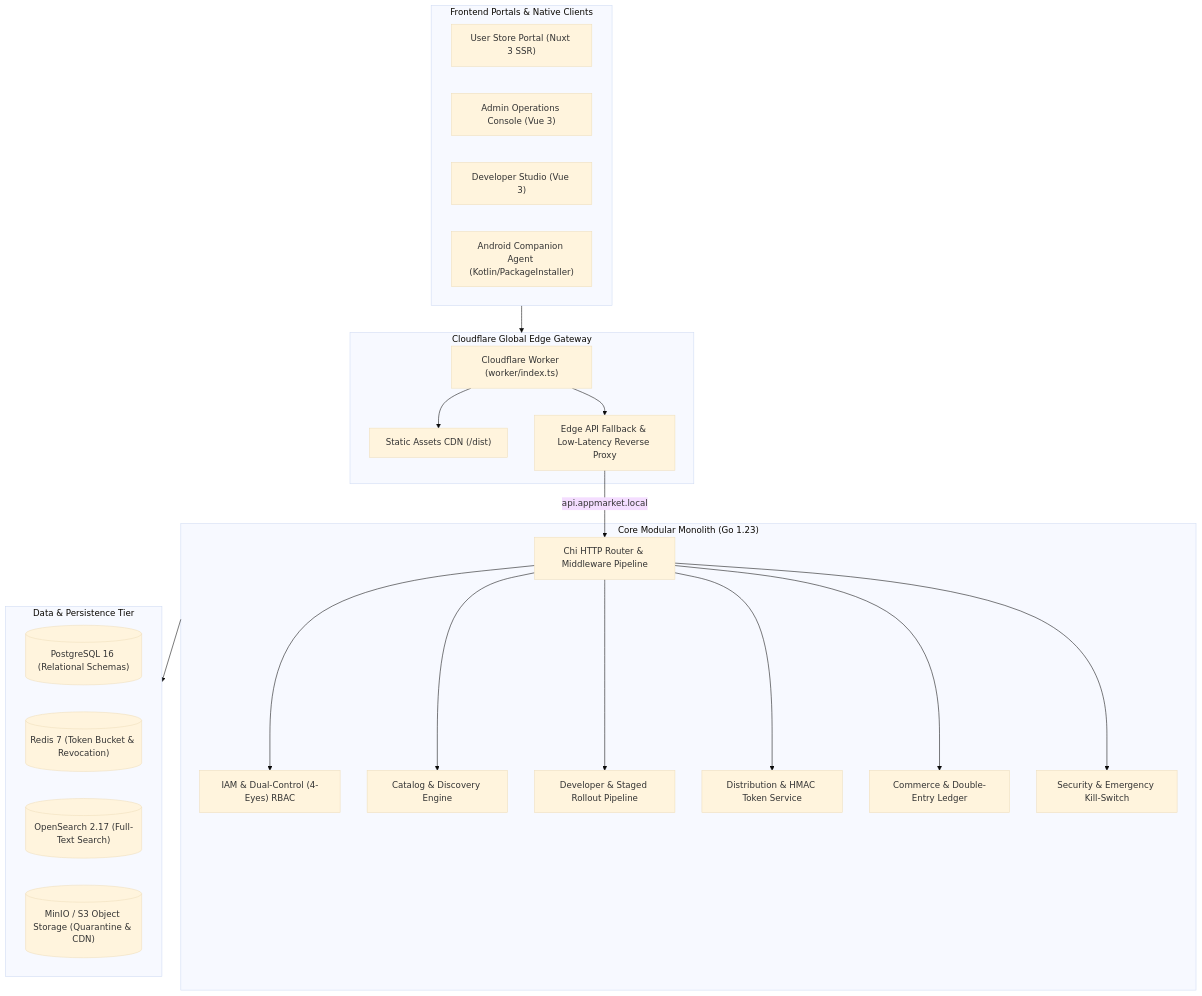
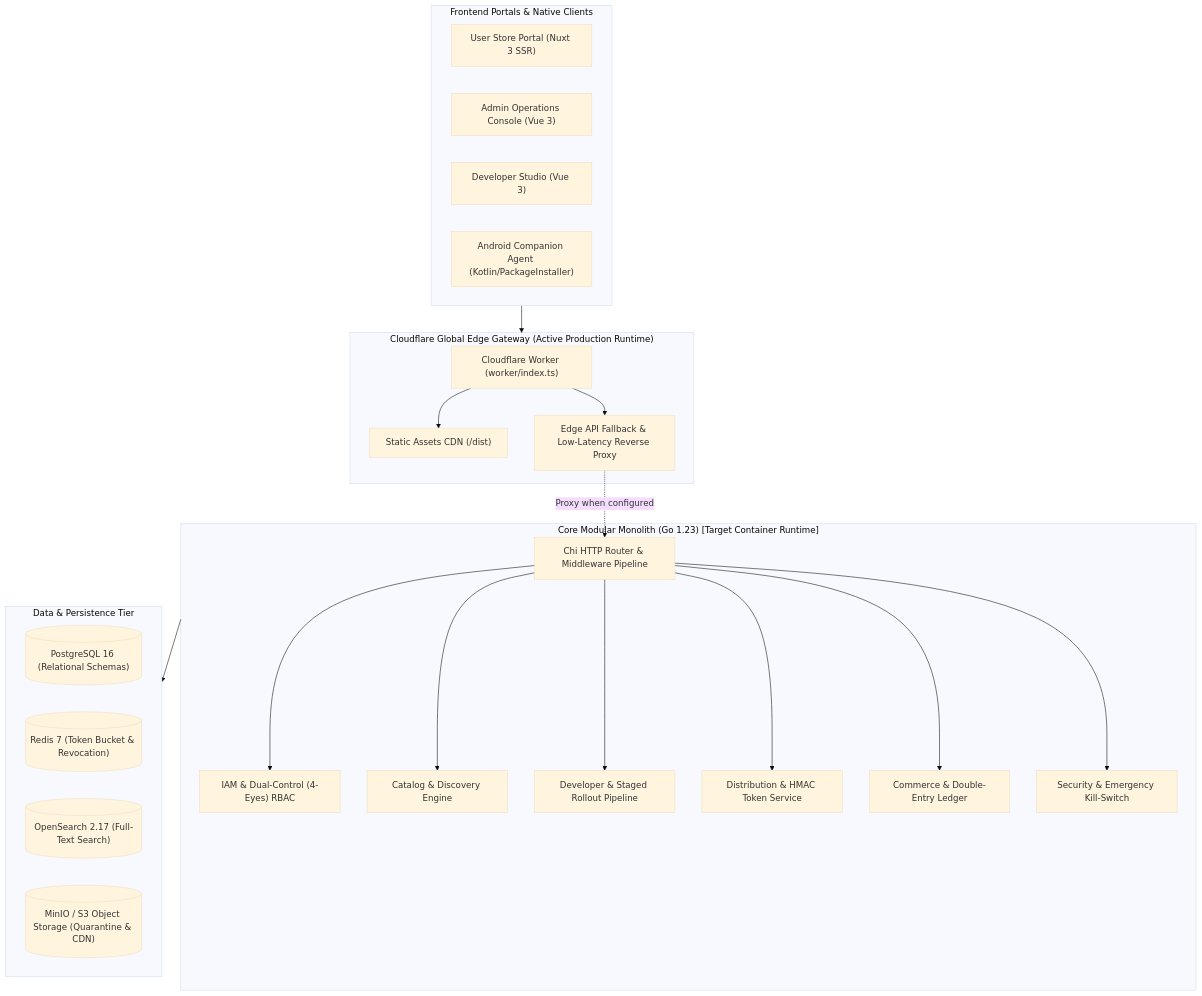
Before and after one commit to dnjstjq0824-byte/appmarket: the diagram in HANDOVER_MANIFESTO.md, drawn with Mermaid (base theme). The commit also changed other lines of this file and 15 other files, not shown here.

Commit message:
fix(security-rectification): enforce edge 401/403 auth, dual-control, real search API, honest healthcheck, fail-closed VT, and KYB gates

````diff
--- a/HANDOVER_MANIFESTO.md
+++ b/HANDOVER_MANIFESTO.md
@@ -21,44 +21,44 @@
 ```mermaid
 flowchart TD
     subgraph Clients["Frontend Portals & Native Clients"]
         UserStore["User Store Portal (Nuxt 3 SSR)"]
         AdminConsole["Admin Operations Console (Vue 3)"]
         DevStudio["Developer Studio (Vue 3)"]
         AndroidApp["Android Companion Agent (Kotlin/PackageInstaller)"]
     end
 
-    subgraph Edge["Cloudflare Global Edge Gateway"]
+    subgraph Edge["Cloudflare Global Edge Gateway (Active Production Runtime)"]
         CFWorker["Cloudflare Worker (worker/index.ts)"]
         CFAssets["Static Assets CDN (/dist)"]
         EdgeAPI["Edge API Fallback & Low-Latency Reverse Proxy"]
     end
 
-    subgraph CoreBackend["Core Modular Monolith (Go 1.23)"]
+    subgraph CoreBackend["Core Modular Monolith (Go 1.23) [Target Container Runtime]"]
         APIGateway["Chi HTTP Router & Middleware Pipeline"]
         IAMModule["IAM & Dual-Control (4-Eyes) RBAC"]
         CatalogModule["Catalog & Discovery Engine"]
         DevModule["Developer & Staged Rollout Pipeline"]
         DistModule["Distribution & HMAC Token Service"]
         CommerceModule["Commerce & Double-Entry Ledger"]
         SecModule["Security & Emergency Kill-Switch"]
     end
 
     subgraph Storage["Data & Persistence Tier"]
         Postgres[("PostgreSQL 16 (Relational Schemas)")]
         RedisCache[("Redis 7 (Token Bucket & Revocation)")]
         OpenSearch[("OpenSearch 2.17 (Full-Text Search)")]
         MinIOS3[("MinIO / S3 Object Storage (Quarantine & CDN)")]
     end
 
     Clients --> Edge
     CFWorker --> CFAssets
     CFWorker --> EdgeAPI
-    EdgeAPI -->|api.appmarket.local| APIGateway
+    EdgeAPI -.->|Proxy when configured| APIGateway
     APIGateway --> IAMModule
     APIGateway --> CatalogModule
     APIGateway --> DevModule
     APIGateway --> DistModule
     APIGateway --> CommerceModule
     APIGateway --> SecModule
     CoreBackend --> Storage
 ```
````
